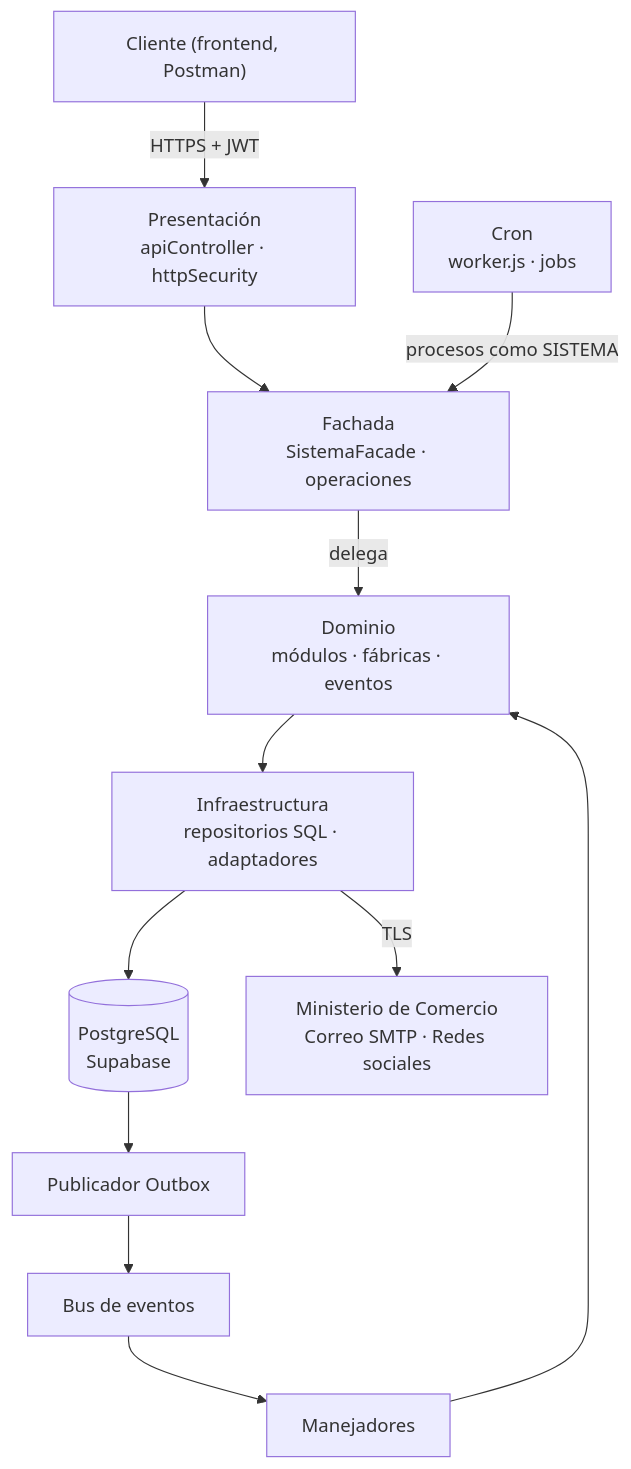
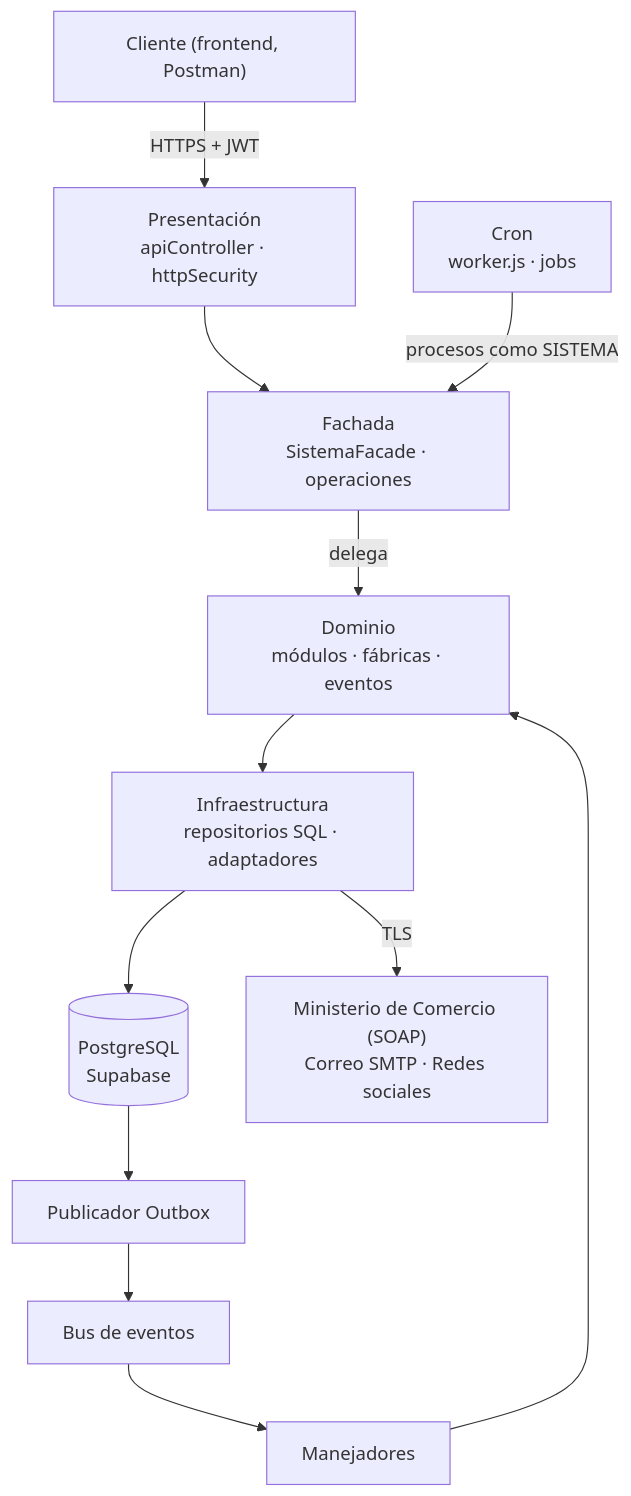
One commit to LAURAsuaj/konrad-gourmet-backend changed the first of 2 diagrams in docs/ARQUITECTURA.md. Above: the diagram before and after it, drawn with Mermaid. The commit also changed other lines of this file and 17 other files, not shown here.

Commit message:
Ministerio (servicio SOAP)

````diff
--- a/docs/ARQUITECTURA.md
+++ b/docs/ARQUITECTURA.md
@@ -7,14 +7,14 @@
 ```mermaid
 flowchart TB
   Cliente["Cliente (frontend, Postman)"] -->|HTTPS + JWT| Pres["Presentación\napiController · httpSecurity"]
   Pres --> Fachada["Fachada\nSistemaFacade · operaciones"]
   Cron["Cron\nworker.js · jobs"] -->|procesos como SISTEMA| Fachada
   Fachada -->|delega| Dominio["Dominio\nmódulos · fábricas · eventos"]
   Dominio --> Infra["Infraestructura\nrepositorios SQL · adaptadores"]
   Infra --> BD[("PostgreSQL\nSupabase")]
-  Infra -->|TLS| Ext["Ministerio de Comercio\nCorreo SMTP · Redes sociales"]
+  Infra -->|TLS| Ext["Ministerio de Comercio (SOAP)\nCorreo SMTP · Redes sociales"]
   BD --> Outbox["Publicador Outbox"]
   Outbox --> Bus["Bus de eventos"]
   Bus --> Manejadores["Manejadores"]
   Manejadores --> Dominio
 ```
````
